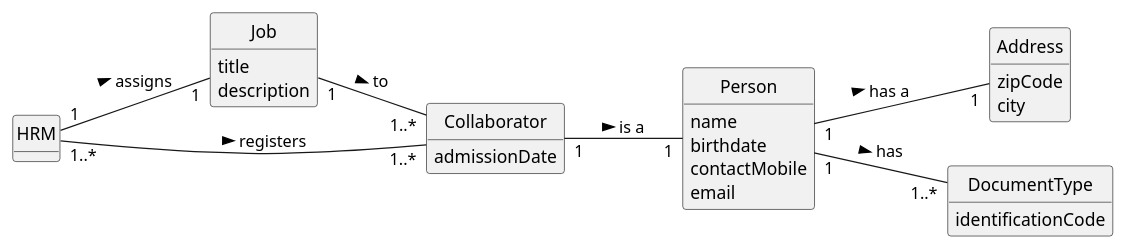
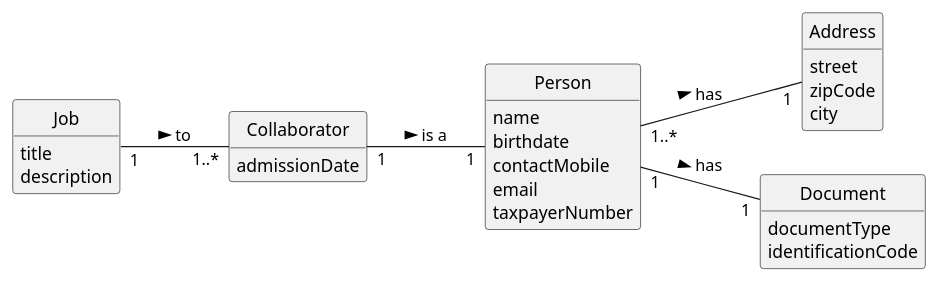
The diagram in docs/sprintB/us003/02.analysis/puml/us003-domain-model.puml (ricardomm7/leaflink), drawn with PlantUML before and after one commit. The commit also changed 7 other files, not shown here.

```diff
--- a/docs/sprintB/us003/02.analysis/puml/us003-domain-model.puml
+++ b/docs/sprintB/us003/02.analysis/puml/us003-domain-model.puml
@@ -1,50 +1,49 @@
 @startuml
 skinparam monochrome true
 skinparam packageStyle rectangle
 skinparam shadowing false
 
 left to right direction
 
 skinparam classAttributeIconSize 0
 
 hide circle
 hide methods
 
-
-class HRM {
-}
 
 class Job {
     title
     description
 }
 
 class Collaborator {
     admissionDate
 }
 
 class Person {
     name
     birthdate
     contactMobile
     email
+    taxpayerNumber
 }
 
 class Address{
+    street
     zipCode
     city
+
 }
 
-class DocumentType{
+class Document{
+  documentType
   identificationCode
 }
 
 ' Relationships
-Person "1" -- "1" Address: has a >
+Person "1..*" -- "1" Address: has  >
 Collaborator "1" -- "1" Person: is a >
-Person  "1" -- "1..*"  DocumentType : has >
-HRM "1..*" -- "1..*" Collaborator : registers >
-HRM "1" -- "1" Job : assigns >
+Person  "1" -- "1"  Document : has >
 Job "1" -- "1..*" Collaborator : to >
 
 @enduml
```
